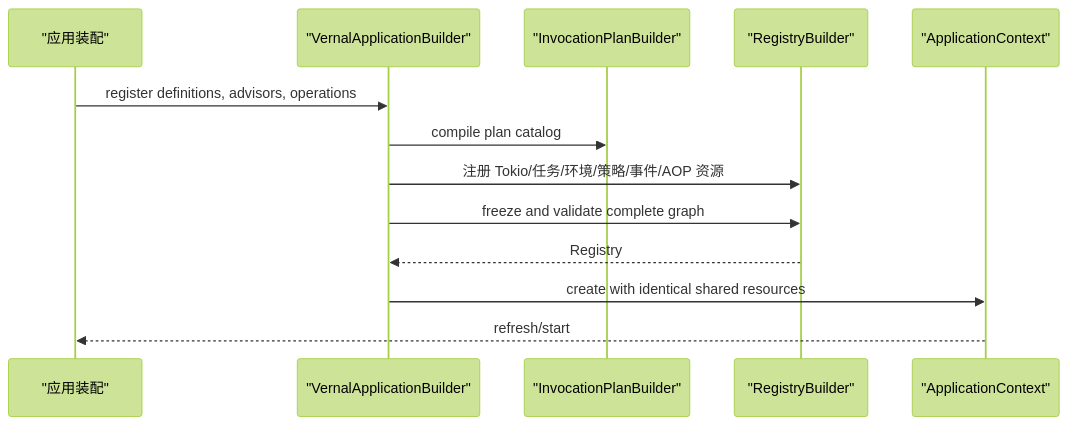
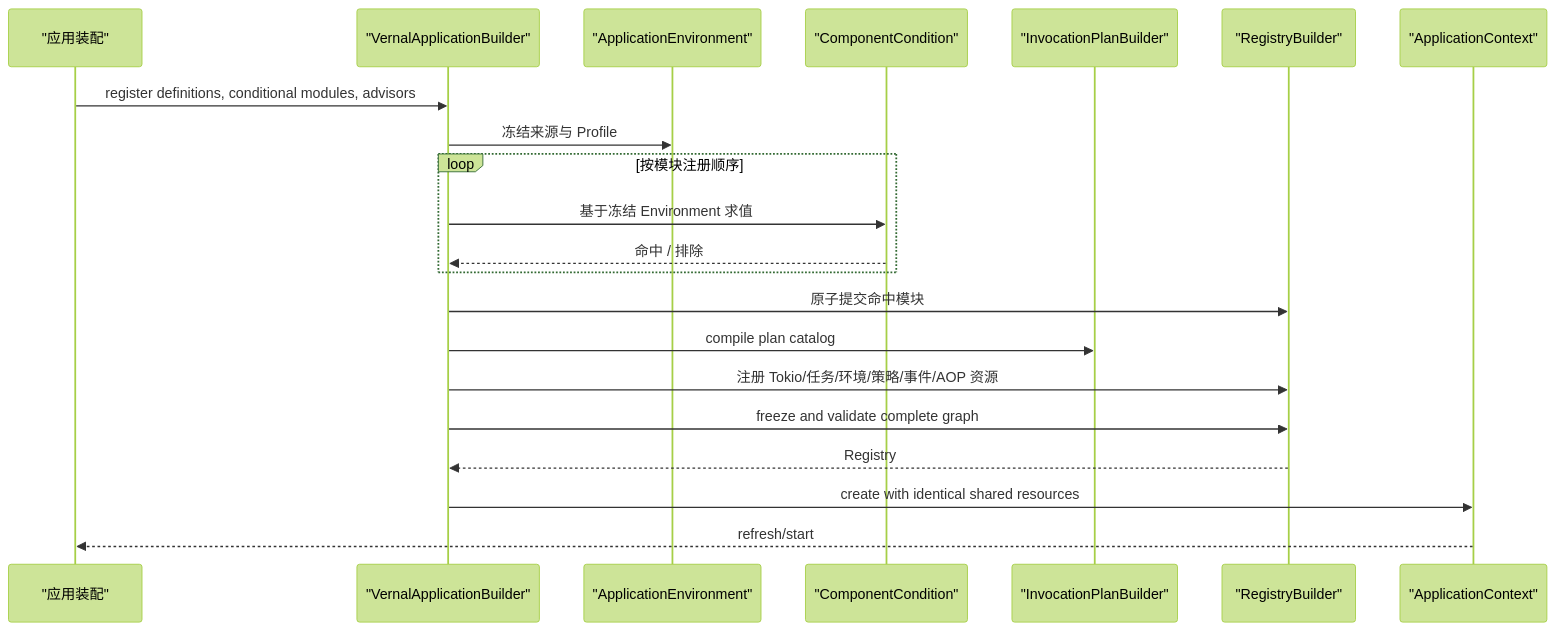
The ninth of 19 diagrams in docs/Vernal-Architecture.zh_CN.md (easy-4-rust/vernal), drawn with Mermaid (forest theme) before and after one commit. The commit also changed other lines of this file and 18 other files, not shown here.

Commit message:
feat(context): add conditional component assembly

````diff
--- a/docs/Vernal-Architecture.zh_CN.md
+++ b/docs/Vernal-Architecture.zh_CN.md
@@ -600,16 +601,24 @@
 ```mermaid
 sequenceDiagram
     participant App as "应用装配"
     participant Builder as "VernalApplicationBuilder"
+    participant Environment as "ApplicationEnvironment"
+    participant Condition as "ComponentCondition"
     participant AOP as "InvocationPlanBuilder"
     participant Graph as "RegistryBuilder"
     participant Context as "ApplicationContext"
 
-    App->>Builder: register definitions, advisors, operations
+    App->>Builder: register definitions, conditional modules, advisors
+    Builder->>Environment: 冻结来源与 Profile
+    loop 按模块注册顺序
+        Builder->>Condition: 基于冻结 Environment 求值
+        Condition-->>Builder: 命中 / 排除
+    end
+    Builder->>Graph: 原子提交命中模块
     Builder->>AOP: compile plan catalog
     Builder->>Graph: 注册 Tokio/任务/环境/策略/事件/AOP 资源
     Builder->>Graph: freeze and validate complete graph
     Graph-->>Builder: Registry
     Builder->>Context: create with identical shared resources
     Context-->>App: refresh/start
 ```
````
